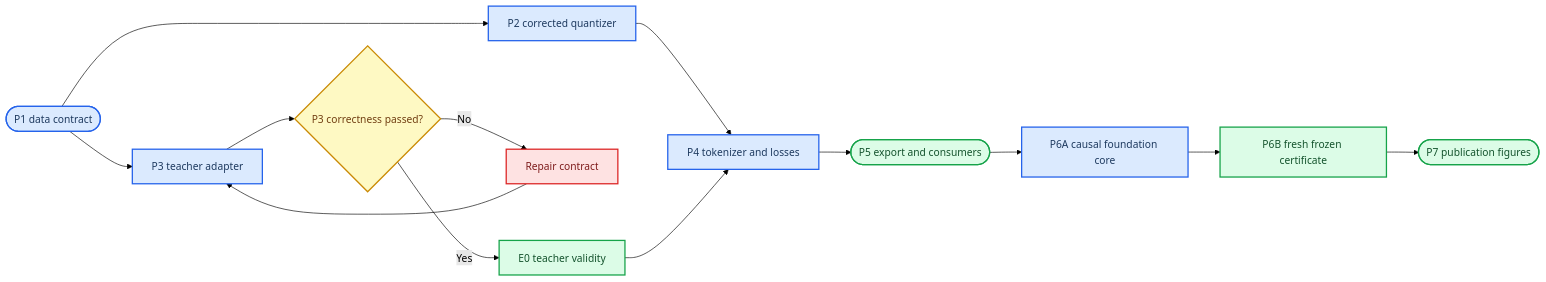
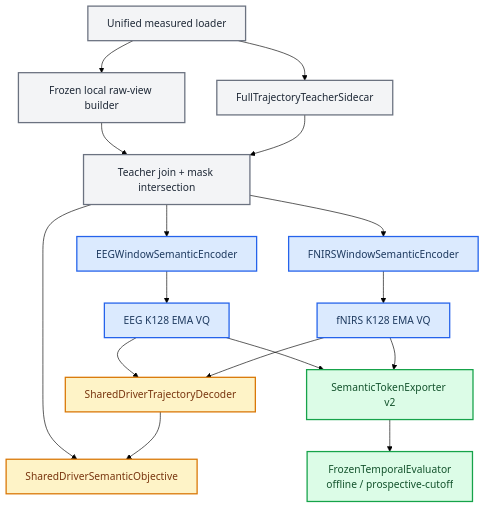
Before and after one commit to Kevin65536/PID-MCM: the diagram in docs/physiology_semantic_tokenizer/07_CODE_MIGRATION_PLAN.md, drawn with Mermaid (forest theme). The commit also changed other lines of this file and 32 other files, not shown here.

Commit message:
docs: return semantic architecture to shared-driver design

````diff
--- a/docs/physiology_semantic_tokenizer/07_CODE_MIGRATION_PLAN.md
+++ b/docs/physiology_semantic_tokenizer/07_CODE_MIGRATION_PLAN.md
@@ -22,28 +39,40 @@
 ```mermaid
-flowchart LR
-    accTitle: Teacher routing through coupling certificate migration order
-    accDescr: Code migration routes admitted teacher coordinates by entrance, verifies asymmetric preservation gradients, exports frozen tokens, pretrains the causal foundation core, and ends with a fresh frozen certificate.
+flowchart TB
+    accTitle: Shared-Driver VQ 代码模块迁移
+    accDescr: 统一 loader 先构造固定 raw view，再附加完整轨迹 teacher；独立 EEG 和 fNIRS full-window encoder 进入独立 K128 VQ，共享 driver decoder 只参与训练；导出后由独立 evaluator 消费。
 
-    p1(["P1 data contract"]) --> p2["P2 corrected quantizer"]
-    p1 --> p3["P3 teacher adapter"]
-    p3 --> check{"P3 correctness passed?"}
-    check -->|No| repair["Repair contract"]
-    repair --> p3
-    check -->|Yes| e0["E0 teacher validity"]
-    p2 --> p4["P4 tokenizer and losses"]
-    e0 --> p4
-    p4 --> p5(["P5 export and consumers"])
-    p5 --> p6a["P6A causal foundation core"]
-    p6a --> p6b["P6B fresh frozen certificate"]
-    p6b --> p7(["P7 publication figures"])
+    loader["Unified measured loader"]
+    view["Frozen local raw-view builder"]
+    sidecar["FullTrajectoryTeacherSidecar"]
+    join["Teacher join + mask intersection"]
+    eeg["EEGWindowSemanticEncoder"]
+    fnirs["FNIRSWindowSemanticEncoder"]
+    qe["EEG K128 EMA VQ"]
+    qf["fNIRS K128 EMA VQ"]
+    decoder["SharedDriverTrajectoryDecoder"]
+    objective["SharedDriverSemanticObjective"]
+    exporter["SemanticTokenExporter v2"]
+    evaluator["FrozenTemporalEvaluator<br/>offline / prospective-cutoff"]
 
-    classDef foundation fill:#dbeafe,stroke:#2563eb,stroke-width:2px,color:#1e3a5f
-    classDef decision fill:#fef9c3,stroke:#ca8a04,stroke-width:2px,color:#713f12
-    classDef valid fill:#dcfce7,stroke:#16a34a,stroke-width:2px,color:#14532d
-    classDef blocked fill:#fee2e2,stroke:#dc2626,stroke-width:2px,color:#7f1d1d
+    loader --> view
+    loader --> sidecar
+    view --> join
+    sidecar --> join
+    join --> eeg --> qe --> decoder
+    join --> fnirs --> qf --> decoder
+    join --> objective
+    decoder --> objective
+    qe --> exporter
+    qf --> exporter
+    exporter --> evaluator
 
-    class p1,p2,p3,p4,p6a foundation
-    class check decision
-    class e0,p5,p6b,p7 valid
-    class repair blocked
+    classDef data fill:#f3f4f6,stroke:#6b7280,stroke-width:2px,color:#1f2937
+    classDef model fill:#dbeafe,stroke:#2563eb,stroke-width:2px,color:#1e3a5f
+    classDef training fill:#fef3c7,stroke:#d97706,stroke-width:2px,color:#78350f
+    classDef eval fill:#dcfce7,stroke:#16a34a,stroke-width:2px,color:#14532d
+
+    class loader,view,sidecar,join data
+    class eeg,fnirs,qe,qf model
+    class decoder,objective training
+    class exporter,evaluator eval
 ```
````
